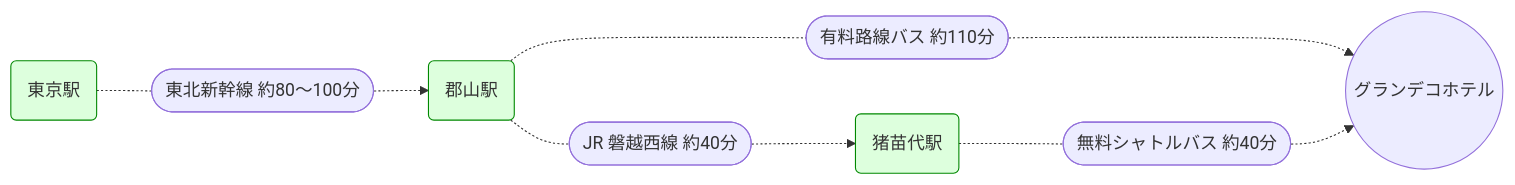
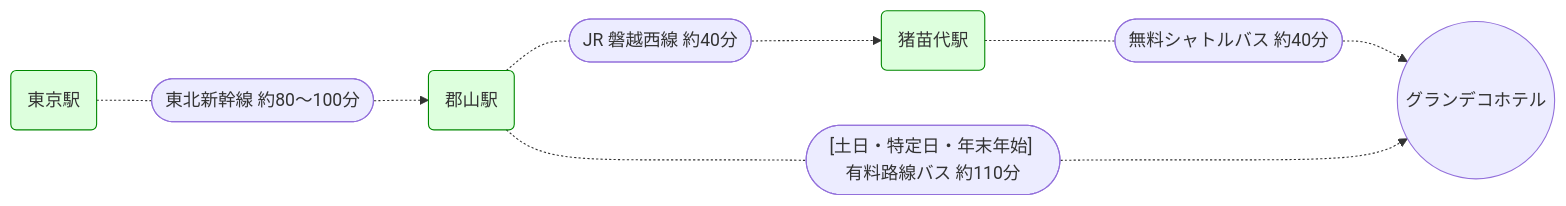
The diagram in src/content/docs/resorts/grandeco.mdx (kyosuke/snowcation), drawn with Mermaid before and after one commit. The commit also changed other lines of this file, not shown here.

Commit message:
Update Grandeco access info and bus details
Clarified the paid bus schedule to specify operation on weekends, special days, and year-end holidays. Improved reservation note wording and added a relevant access URL.

````diff
--- a/src/content/docs/resorts/grandeco.mdx
+++ b/src/content/docs/resorts/grandeco.mdx
@@ -96,19 +96,19 @@
 ```mermaid
 flowchart LR
   classDef station fill:#0f02,stroke:#080;
   Tokyo:::station@{ shape: rounded, label: "東京駅" }
   Koriyama:::station@{ shape: rounded, label: "郡山駅" }
   Inawashiro:::station@{ shape: rounded, label: "猪苗代駅" }
 
   Shinkansen@{ shape: stadium, label: "東北新幹線 約80〜100分" }
-  Bus@{ shape: stadium, label: "有料路線バス 約110分" }
+  Bus@{ shape: stadium, label: "[土日・特定日・年末年始] 有料路線バス 約110分" }
   JR@{ shape: stadium, label: "JR 磐越西線 約40分" }
   ShuttleBus@{ shape: stadium, label: "無料シャトルバス 約40分" }
 
   Grandeco@{ shape: circle, label: "グランデコホテル" }
 
   Tokyo -.- Shinkansen -.-> Koriyama
-  Koriyama -..- Bus -..-> Grandeco
   Koriyama -.- JR -.-> Inawashiro
   Inawashiro -.- ShuttleBus -.-> Grandeco
+  Koriyama -.- Bus -..-> Grandeco
 ```
````
